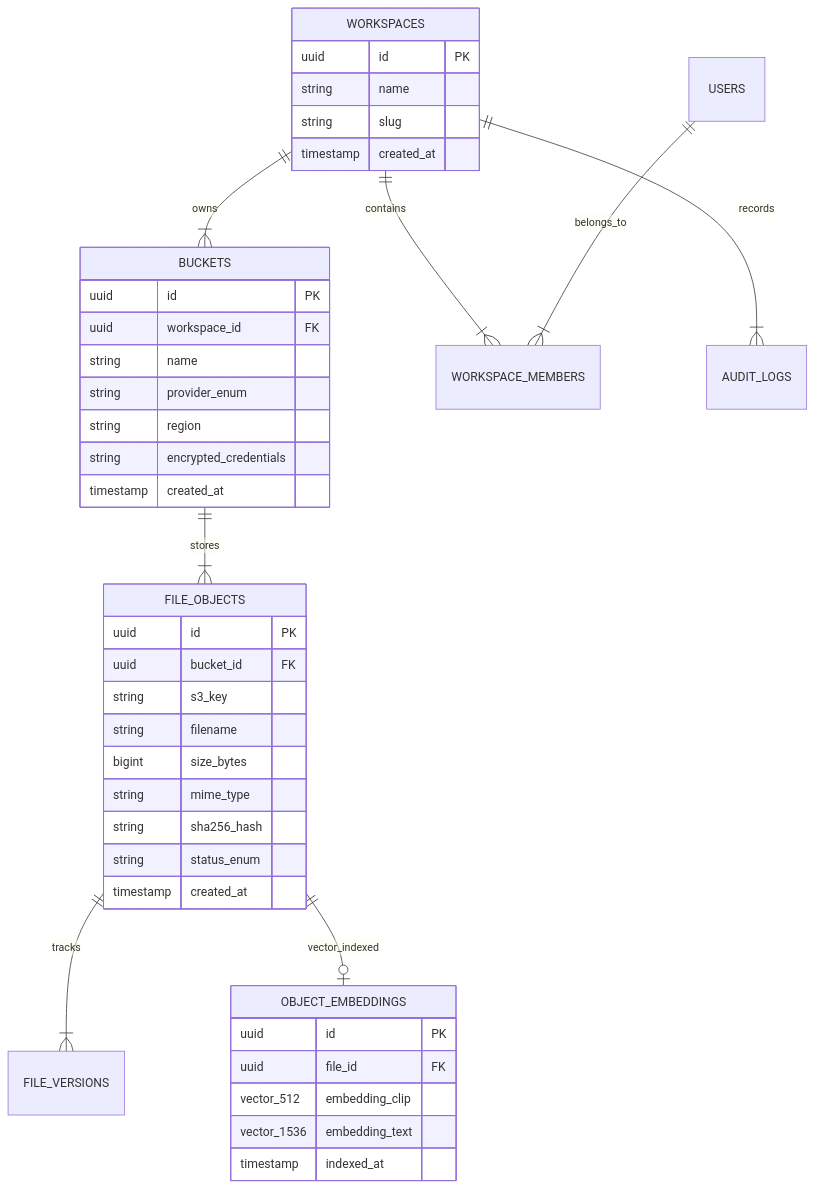
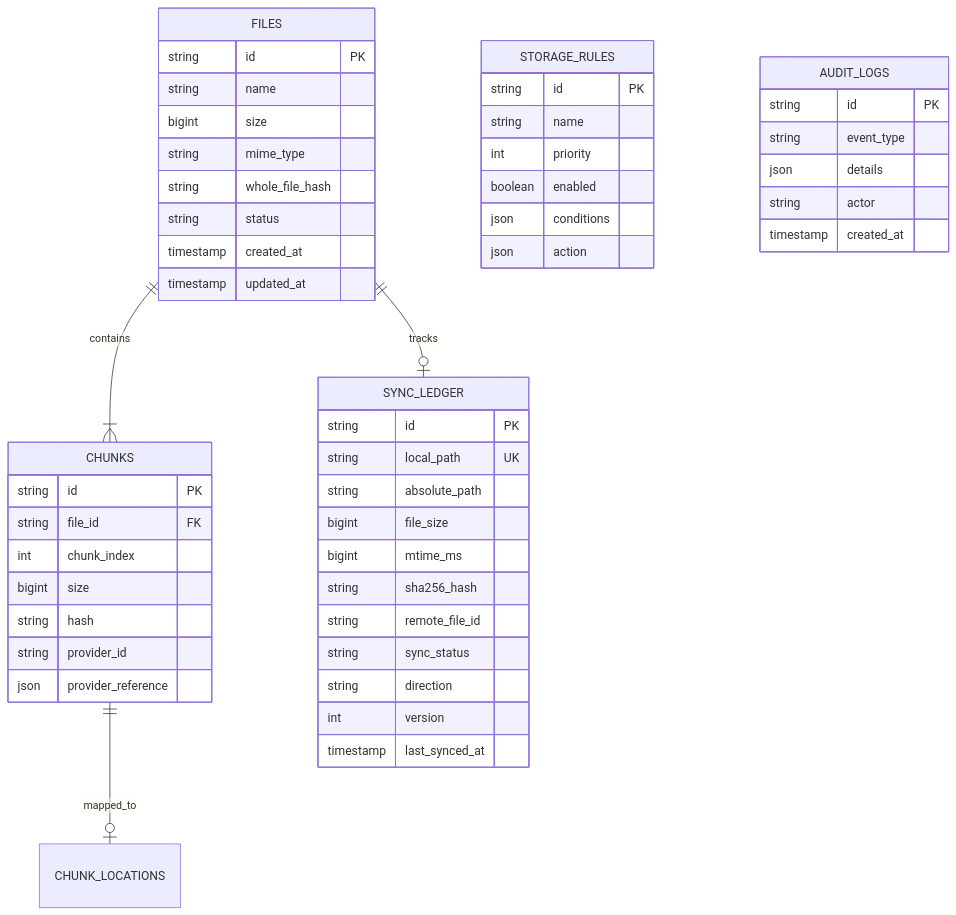
One commit to vanrajsinh650/BucketSpace changed the diagram in context/09_DATABASE.md. Above: the diagram before and after it, drawn with Mermaid. The commit also changed other lines of this file and 38 other files, not shown here.

````diff
--- a/context/09_DATABASE.md
+++ b/context/09_DATABASE.md
@@ -10,47 +10,58 @@
 ```mermaid
 erDiagram
-    WORKSPACES ||--|{ BUCKETS : owns
-    WORKSPACES ||--|{ WORKSPACE_MEMBERS : contains
-    USERS ||--|{ WORKSPACE_MEMBERS : belongs_to
-    BUCKETS ||--|{ FILE_OBJECTS : stores
-    FILE_OBJECTS ||--|{ FILE_VERSIONS : tracks
-    FILE_OBJECTS ||--o| OBJECT_EMBEDDINGS : vector_indexed
-    WORKSPACES ||--|{ AUDIT_LOGS : records
+    FILES ||--|{ CHUNKS : contains
+    CHUNKS ||--o| CHUNK_LOCATIONS : mapped_to
+    FILES ||--o| SYNC_LEDGER : tracks
 
-    WORKSPACES {
-        uuid id PK
+    FILES {
+        string id PK
         string name
-        string slug
+        bigint size
+        string mime_type
+        string whole_file_hash
+        string status
+        timestamp created_at
+        timestamp updated_at
+    }
+
+    CHUNKS {
+        string id PK
+        string file_id FK
+        int chunk_index
+        bigint size
+        string hash
+        string provider_id
+        json provider_reference
+    }
+
+    STORAGE_RULES {
+        string id PK
+        string name
+        int priority
+        boolean enabled
+        json conditions
+        json action
+    }
+
+    AUDIT_LOGS {
+        string id PK
+        string event_type
+        json details
+        string actor
         timestamp created_at
     }
 
-    BUCKETS {
-        uuid id PK
-        uuid workspace_id FK
-        string name
-        string provider_enum
-        string region
-        string encrypted_credentials
-        timestamp created_at
-    }
-
-    FILE_OBJECTS {
-        uuid id PK
-        uuid bucket_id FK
-        string s3_key
-        string filename
-        bigint size_bytes
-        string mime_type
+    SYNC_LEDGER {
+        string id PK
+        string local_path UK
+        string absolute_path
+        bigint file_size
+        bigint mtime_ms
         string sha256_hash
-        string status_enum
-        timestamp created_at
-    }
-
-    OBJECT_EMBEDDINGS {
-        uuid id PK
-        uuid file_id FK
-        vector_512 embedding_clip
-        vector_1536 embedding_text
-        timestamp indexed_at
+        string remote_file_id
+        string sync_status
+        string direction
+        int version
+        timestamp last_synced_at
     }
 ```
````
